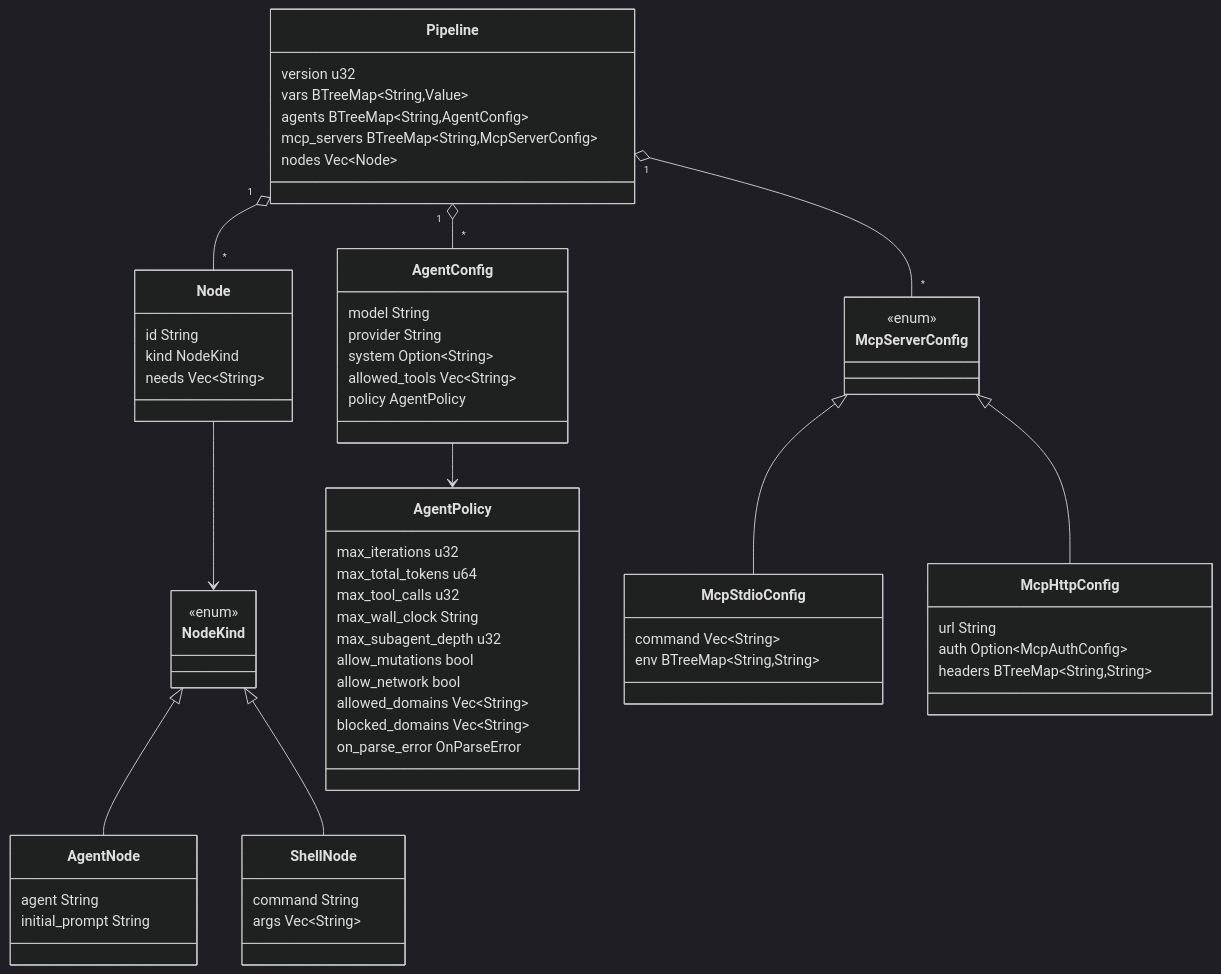
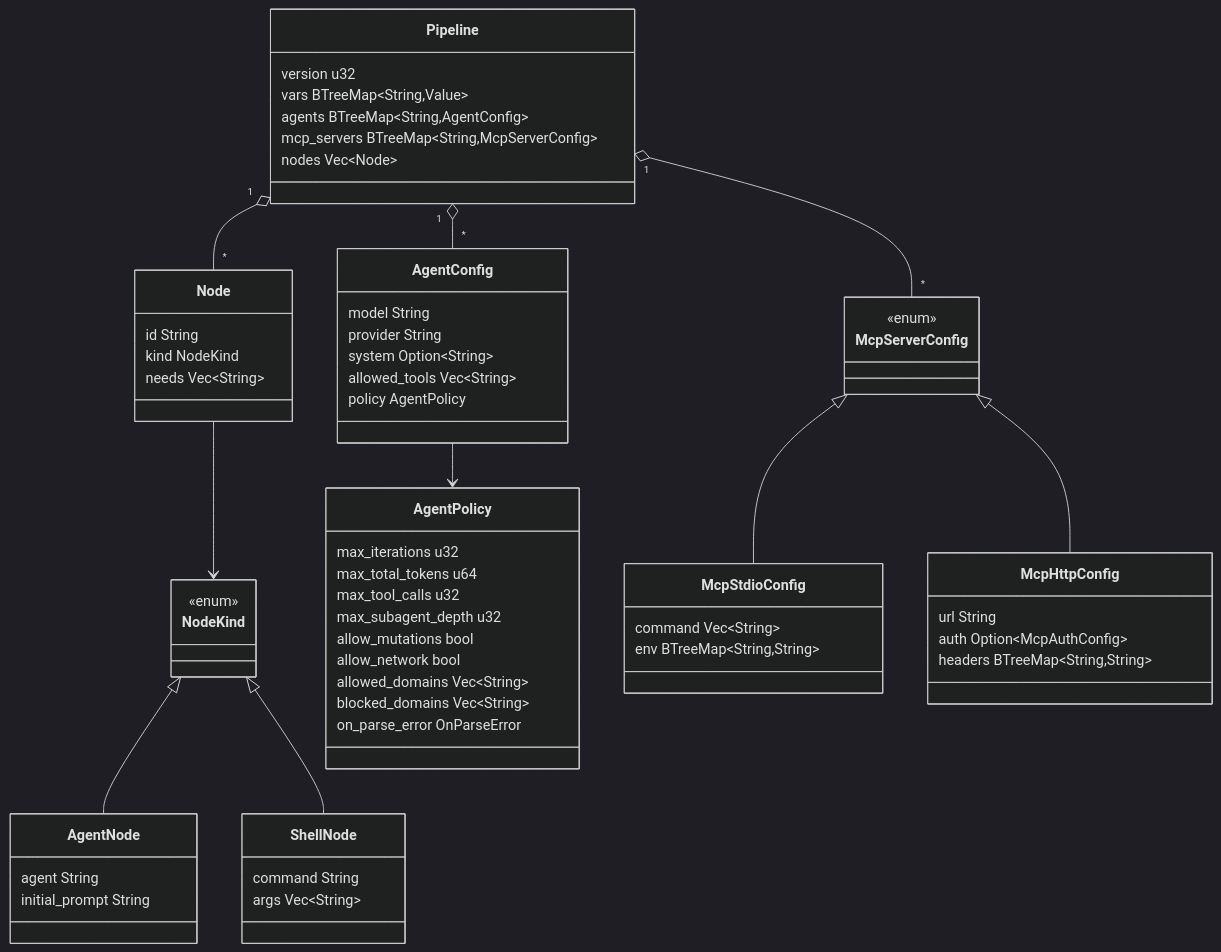
Before and after one commit to DoctorMozg/orno: the eighth of 11 diagrams in docs/flows.md, drawn with Mermaid (dark theme). The commit also changed other lines of this file and 34 other files, not shown here.

Commit message:
Basic tempaltes and graph

````diff
--- a/docs/flows.md
+++ b/docs/flows.md
@@ -331,66 +361,65 @@
 ```mermaid
 classDiagram
     class Pipeline {
         version u32
         vars BTreeMap~String,Value~
         agents BTreeMap~String,AgentConfig~
         mcp_servers BTreeMap~String,McpServerConfig~
         nodes Vec~Node~
     }
     class Node {
         id String
         kind NodeKind
         needs Vec~String~
     }
     class NodeKind {
         <<enum>>
     }
     class AgentNode {
         agent String
         initial_prompt String
     }
     class ShellNode {
         command String
         args Vec~String~
     }
     class AgentConfig {
         model String
         provider String
         system Option~String~
         allowed_tools Vec~String~
         policy AgentPolicy
     }
     class AgentPolicy {
         max_iterations u32
         max_total_tokens u64
         max_tool_calls u32
-        max_wall_clock String
         max_subagent_depth u32
         allow_mutations bool
         allow_network bool
         allowed_domains Vec~String~
         blocked_domains Vec~String~
         on_parse_error OnParseError
     }
     class McpServerConfig {
         <<enum>>
     }
     class McpStdioConfig {
         command Vec~String~
         env BTreeMap~String,String~
     }
     class McpHttpConfig {
         url String
         auth Option~McpAuthConfig~
         headers BTreeMap~String,String~
     }
     Pipeline "1" o-- "*" Node
     Pipeline "1" o-- "*" AgentConfig
     Pipeline "1" o-- "*" McpServerConfig
     Node --> NodeKind
     NodeKind <|-- AgentNode
     NodeKind <|-- ShellNode
     AgentConfig --> AgentPolicy
     McpServerConfig <|-- McpStdioConfig
     McpServerConfig <|-- McpHttpConfig
 ```
````
